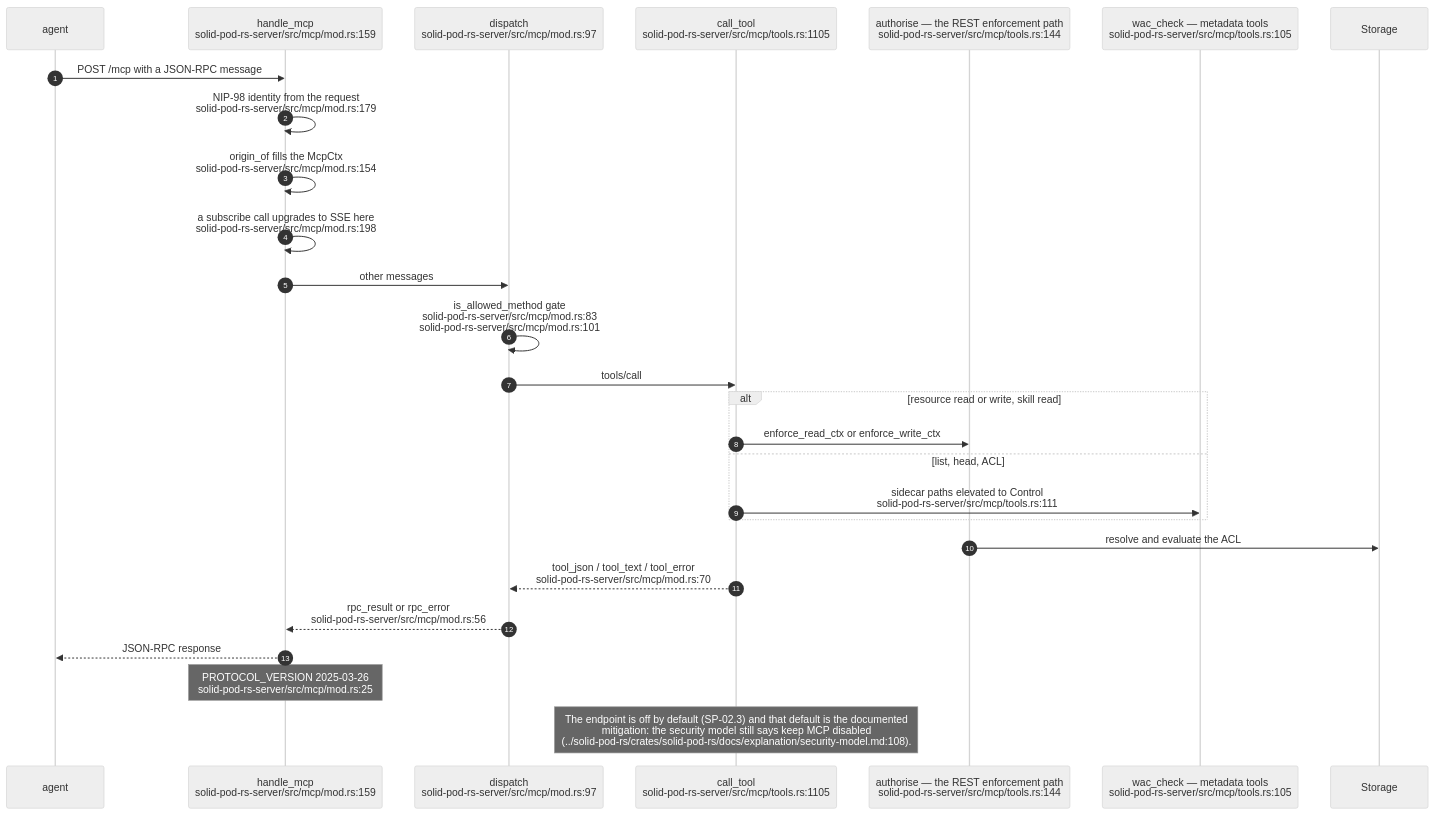
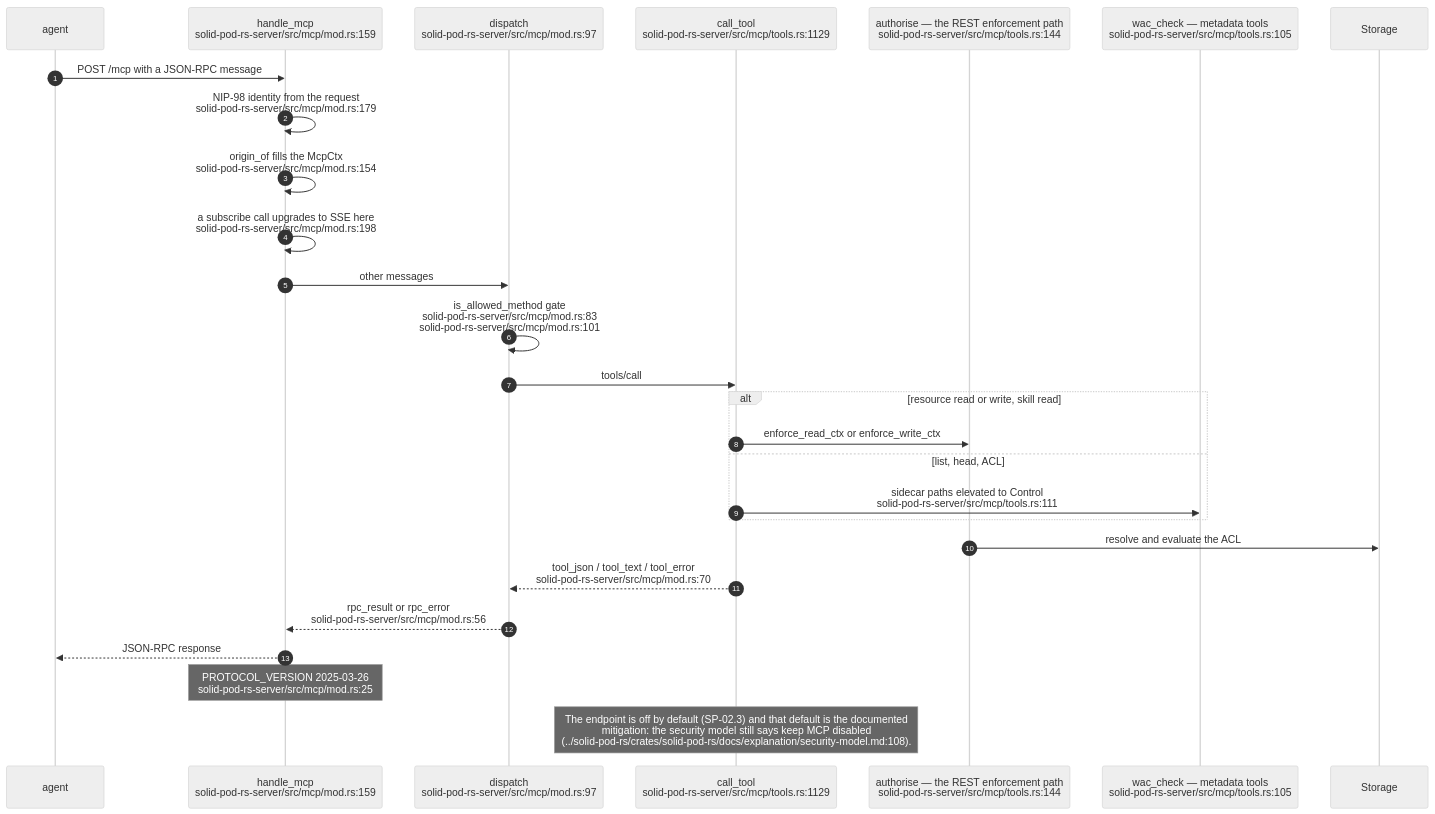
Before and after one commit to DreamLab-AI/VisionFlow: diagram 13 of 17 in docs/diagrams/solid-pod-rs/08-federation-notifications-forge-mcp.md, drawn with Mermaid (neutral theme). The commit also changed other lines of this file and 154 other files, not shown here.

First line of the commit message:
docs(diagrams): re-stamp 154 topics whose every citation still reads the same text at the current heads

````diff
--- a/docs/diagrams/solid-pod-rs/08-federation-notifications-forge-mcp.md
+++ b/docs/diagrams/solid-pod-rs/08-federation-notifications-forge-mcp.md
@@ -479,31 +479,31 @@
 ```mermaid
 sequenceDiagram
     autonumber
     participant A as agent
     participant H as handle_mcp<br/>solid-pod-rs-server/src/mcp/mod.rs:159
     participant D as dispatch<br/>solid-pod-rs-server/src/mcp/mod.rs:97
-    participant T as call_tool<br/>solid-pod-rs-server/src/mcp/tools.rs:1105
+    participant T as call_tool<br/>solid-pod-rs-server/src/mcp/tools.rs:1129
     participant AU as authorise — the REST enforcement path<br/>solid-pod-rs-server/src/mcp/tools.rs:144
     participant W as wac_check — metadata tools<br/>solid-pod-rs-server/src/mcp/tools.rs:105
     participant S as Storage
 
     A->>H: POST /mcp with a JSON-RPC message
     H->>H: NIP-98 identity from the request<br/>solid-pod-rs-server/src/mcp/mod.rs:179
     H->>H: origin_of fills the McpCtx<br/>solid-pod-rs-server/src/mcp/mod.rs:154
     H->>H: a subscribe call upgrades to SSE here<br/>solid-pod-rs-server/src/mcp/mod.rs:198
     H->>D: other messages
     D->>D: is_allowed_method gate<br/>solid-pod-rs-server/src/mcp/mod.rs:83<br/>solid-pod-rs-server/src/mcp/mod.rs:101
     D->>T: tools/call
     alt resource read or write, skill read
         T->>AU: enforce_read_ctx or enforce_write_ctx
     else list, head, ACL
         T->>W: sidecar paths elevated to Control<br/>solid-pod-rs-server/src/mcp/tools.rs:111
     end
     AU->>S: resolve and evaluate the ACL
     T-->>D: tool_json / tool_text / tool_error<br/>solid-pod-rs-server/src/mcp/mod.rs:70
     D-->>H: rpc_result or rpc_error<br/>solid-pod-rs-server/src/mcp/mod.rs:56
     H-->>A: JSON-RPC response
 
     Note over H: PROTOCOL_VERSION 2025-03-26<br/>solid-pod-rs-server/src/mcp/mod.rs:25
     Note over T: The endpoint is off by default (SP-02.3) and that default is the documented<br/>mitigation: the security model still says keep MCP disabled<br/>(../solid-pod-rs/crates/solid-pod-rs/docs/explanation/security-model.md:108).
 ```
````
